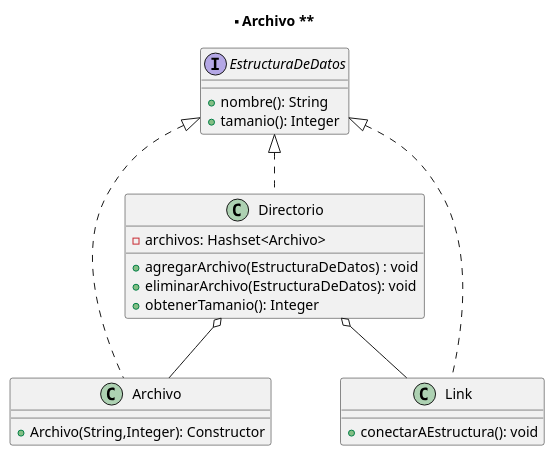
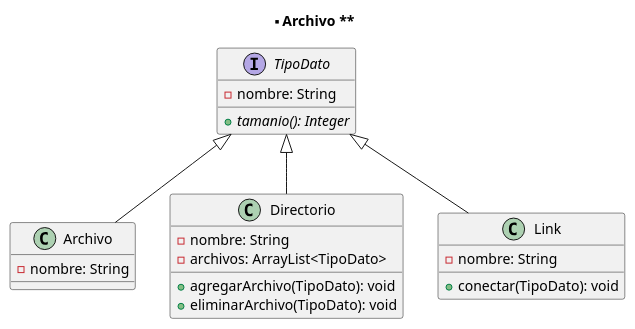
One commit to LMontes94/ProgIII23 changed the diagram in Ejercicios/Practica_Parcial/Parcial_LaboIII/Ejercicio2/Diagrama/Archivos.puml. Above: the diagram before and after it, drawn with PlantUML. The commit also changed 20 other files, not shown here.

```diff
--- a/Ejercicios/Practica_Parcial/Parcial_LaboIII/Ejercicio2/Diagrama/Archivos.puml
+++ b/Ejercicios/Practica_Parcial/Parcial_LaboIII/Ejercicio2/Diagrama/Archivos.puml
@@ -1,30 +1,34 @@
 @startuml
 
 title ** Archivo **
 
-Interface EstructuraDeDatos{
-   + nombre(): String 
-   + tamanio(): Integer 
+'Clases 
+interface TipoDato{   
+   - nombre: String 
+
+   + {abstract}tamanio(): Integer 
 }
 
-class Directorio implements EstructuraDeDatos{
-    
-    - archivos: Hashset<Archivo>
-  
-    + agregarArchivo(EstructuraDeDatos) : void
-    + eliminarArchivo(EstructuraDeDatos): void
-    + obtenerTamanio(): Integer  
+class Archivo{
+  - nombre: String 
 }
 
-class Archivo implements EstructuraDeDatos{
-    
-    + Archivo(String,Integer): Constructor
+class Directorio{
+   - nombre: String 
+   - archivos: ArrayList<TipoDato>
+   + agregarArchivo(TipoDato): void 
+   + eliminarArchivo(TipoDato): void
 }
 
-class Link implements EstructuraDeDatos{
-    + conectarAEstructura(): void 
+class Link{
+   - nombre: String 
+   + conectar(TipoDato): void
 }
 
-Directorio o-- Archivo 
-Directorio o-- Link 
+'Relaciones 
+
+TipoDato <|-- Archivo 
+TipoDato <|-- Directorio 
+TipoDato <|-- Link 
+
 @enduml
```
